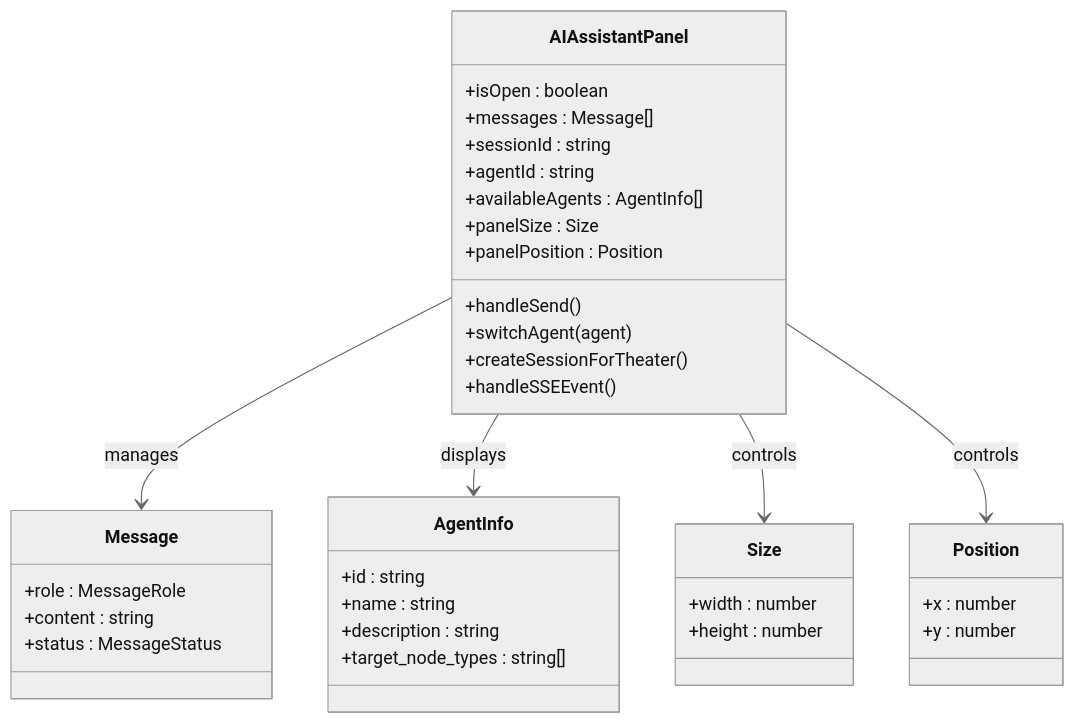
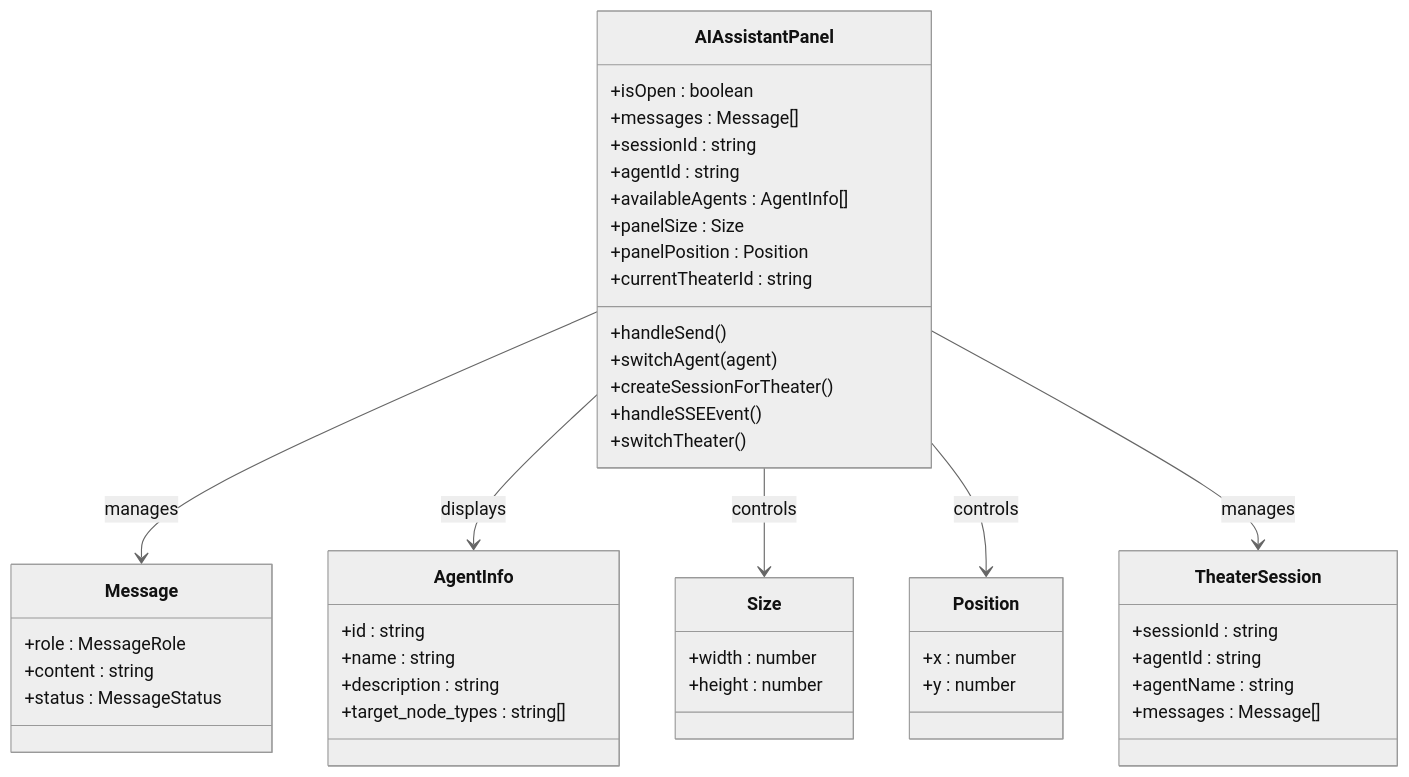
One commit to KunLabAI/KunFlix changed the second of 10 diagrams in .qoder/repowiki/zh/content/前端开发指南/AI助手面板增强.md. Above: the diagram before and after it, drawn with Mermaid (neutral theme). The commit also changed other lines of this file and 11 other files, not shown here.

````diff
--- a/.qoder/repowiki/zh/content/前端开发指南/AI助手面板增强.md
+++ b/.qoder/repowiki/zh/content/前端开发指南/AI助手面板增强.md
@@ -86,39 +101,48 @@
 ```mermaid
 classDiagram
 class AIAssistantPanel {
 +isOpen : boolean
 +messages : Message[]
 +sessionId : string
 +agentId : string
 +availableAgents : AgentInfo[]
 +panelSize : Size
 +panelPosition : Position
++currentTheaterId : string
 +handleSend()
 +switchAgent(agent)
 +createSessionForTheater()
 +handleSSEEvent()
++switchTheater()
 }
 class Message {
 +role : MessageRole
 +content : string
 +status : MessageStatus
 }
 class AgentInfo {
 +id : string
 +name : string
 +description : string
 +target_node_types : string[]
 }
 class Size {
 +width : number
 +height : number
 }
 class Position {
 +x : number
 +y : number
 }
+class TheaterSession {
++sessionId : string
++agentId : string
++agentName : string
++messages : Message[]
+}
 AIAssistantPanel --> Message : manages
 AIAssistantPanel --> AgentInfo : displays
 AIAssistantPanel --> Size : controls
 AIAssistantPanel --> Position : controls
+AIAssistantPanel --> TheaterSession : manages
 ```
````
